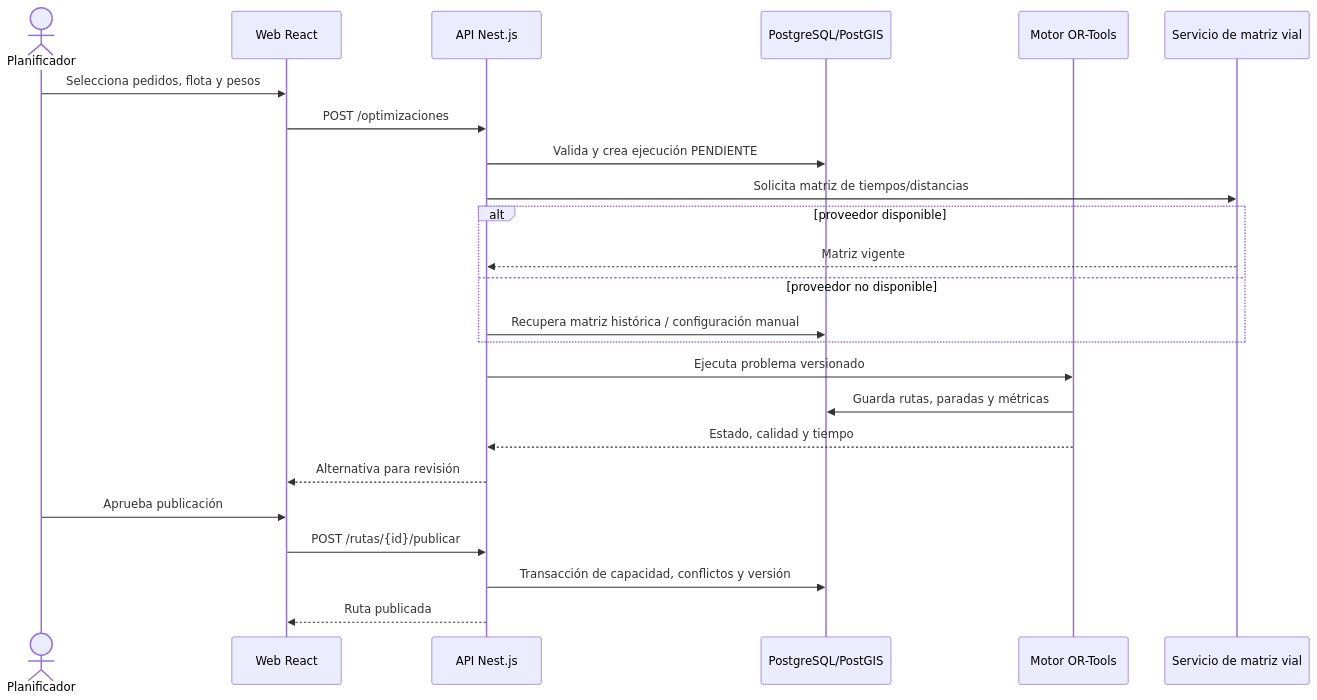
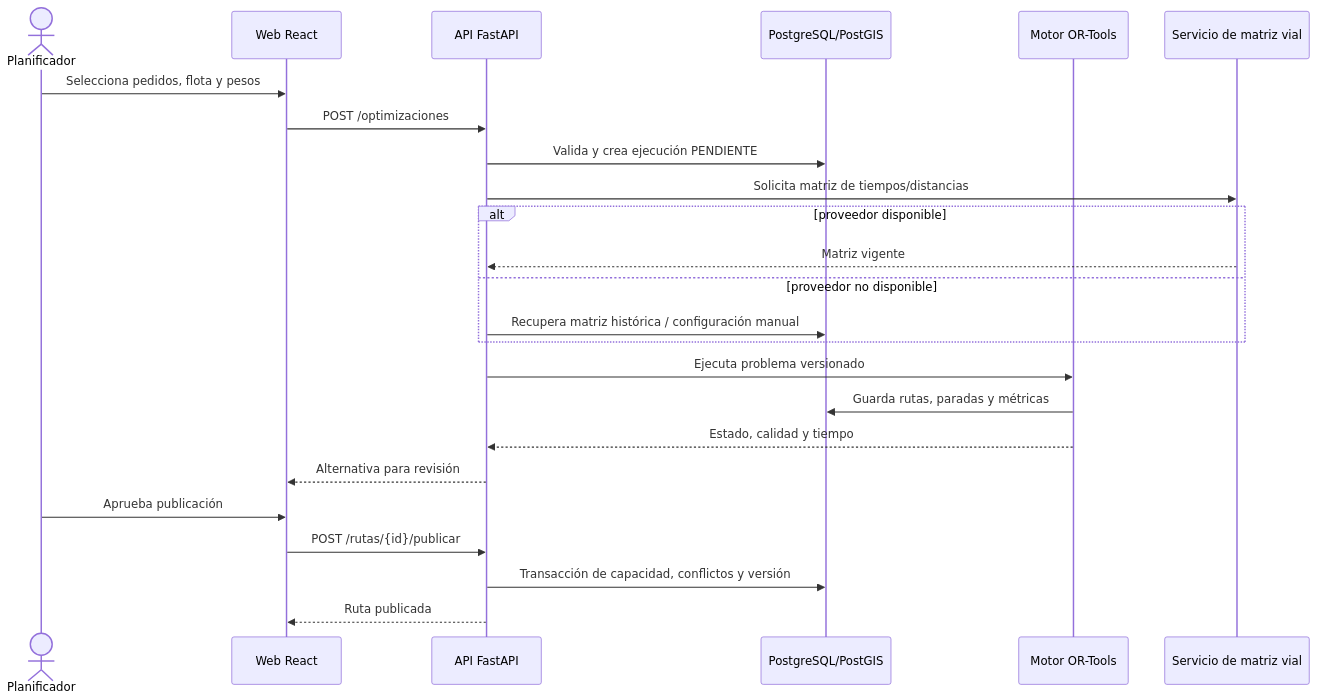
The third of 5 diagrams in docs/01 Inicio/12. Modelo C4 V_1_0_0.md (alexito-dev/EcoLogistica), drawn with Mermaid before and after one commit. The commit also changed other lines of this file and 5 other files, not shown here.

First line of the commit message:
docs(arquitectura): ratificar stack React + FastAPI (alternativa A)

````diff
--- a/docs/01 Inicio/12. Modelo C4 V_1_0_0.md
+++ b/docs/01 Inicio/12. Modelo C4 V_1_0_0.md
@@ -89,27 +89,27 @@
 ```mermaid
 sequenceDiagram
     actor P as Planificador
     participant W as Web React
-    participant A as API Nest.js
+    participant A as API FastAPI
     participant D as PostgreSQL/PostGIS
     participant O as Motor OR-Tools
     participant M as Servicio de matriz vial
 
     P->>W: Selecciona pedidos, flota y pesos
     W->>A: POST /optimizaciones
     A->>D: Valida y crea ejecución PENDIENTE
     A->>M: Solicita matriz de tiempos/distancias
     alt proveedor disponible
         M-->>A: Matriz vigente
     else proveedor no disponible
         A->>D: Recupera matriz histórica / configuración manual
     end
     A->>O: Ejecuta problema versionado
     O->>D: Guarda rutas, paradas y métricas
     O-->>A: Estado, calidad y tiempo
     A-->>W: Alternativa para revisión
     P->>W: Aprueba publicación
     W->>A: POST /rutas/{id}/publicar
     A->>D: Transacción de capacidad, conflictos y versión
     A-->>W: Ruta publicada
 ```
````
